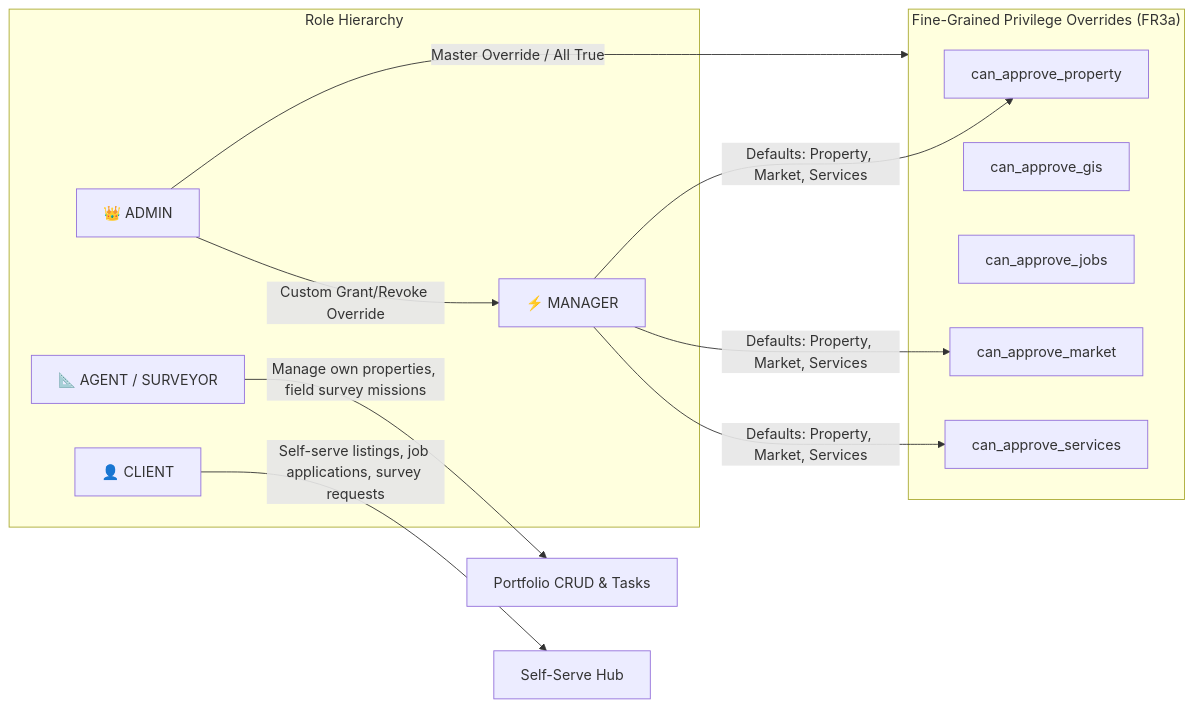
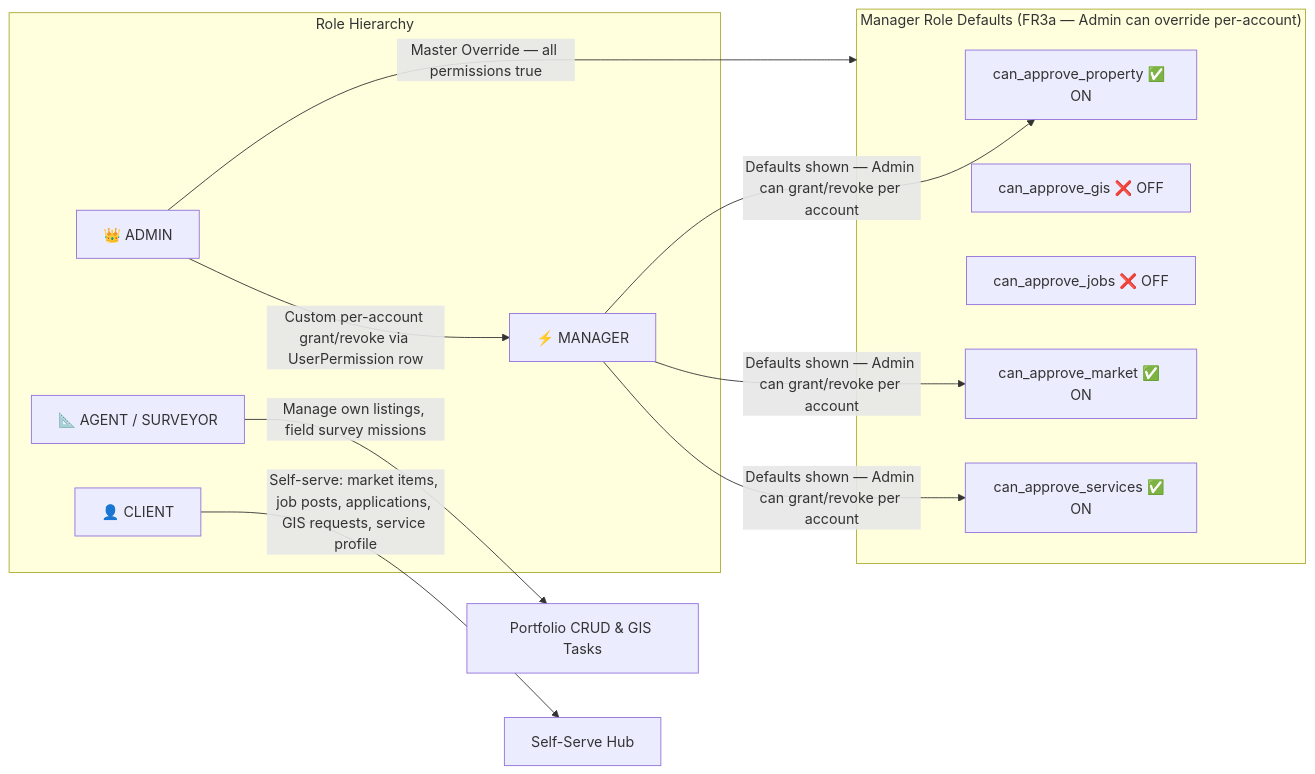
The second of 9 diagrams in docs/architecture_workflow_dataflow.md (theophiledev/DUHUZA-GIS), drawn with Mermaid before and after one commit. The commit also changed other lines of this file and 43 other files, not shown here.

Commit message:
feat: implement password reset, manager item inspection modal, review comments system, and profile management

````diff
--- a/docs/architecture_workflow_dataflow.md
+++ b/docs/architecture_workflow_dataflow.md
@@ -68,23 +78,23 @@
 ```mermaid
 graph LR
     subgraph Roles["Role Hierarchy"]
         Admin["👑 ADMIN"]
         Manager["⚡ MANAGER"]
         Agent["📐 AGENT / SURVEYOR"]
         Client["👤 CLIENT"]
     end
 
-    subgraph Permissions["Fine-Grained Privilege Overrides (FR3a)"]
-        P1["can_approve_property"]
-        P2["can_approve_gis"]
-        P3["can_approve_jobs"]
-        P4["can_approve_market"]
-        P5["can_approve_services"]
+    subgraph Permissions["Manager Role Defaults (FR3a — Admin can override per-account)"]
+        P1["can_approve_property ✅ ON"]
+        P2["can_approve_gis ❌ OFF"]
+        P3["can_approve_jobs ❌ OFF"]
+        P4["can_approve_market ✅ ON"]
+        P5["can_approve_services ✅ ON"]
     end
 
-    Admin -->|Master Override / All True| Permissions
-    Manager -->|Defaults: Property, Market, Services| P1 & P4 & P5
-    Admin -->|Custom Grant/Revoke Override| Manager
-    Agent -->|Manage own properties, field survey missions| Portfolios["Portfolio CRUD & Tasks"]
-    Client -->|Self-serve listings, job applications, survey requests| ClientTasks["Self-Serve Hub"]
+    Admin -->|Master Override — all permissions true| Permissions
+    Manager -->|Defaults shown — Admin can grant/revoke per account| P1 & P4 & P5
+    Admin -->|Custom per-account grant/revoke via UserPermission row| Manager
+    Agent -->|Manage own listings, field survey missions| Portfolios["Portfolio CRUD & GIS Tasks"]
+    Client -->|Self-serve: market items, job posts, applications, GIS requests, service profile| ClientTasks["Self-Serve Hub"]
 ```
````
